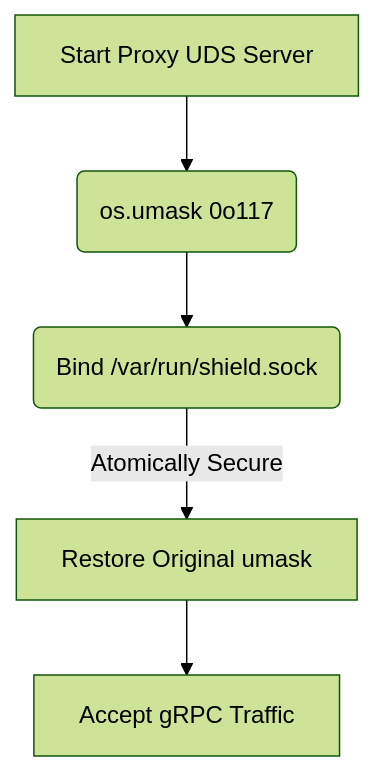
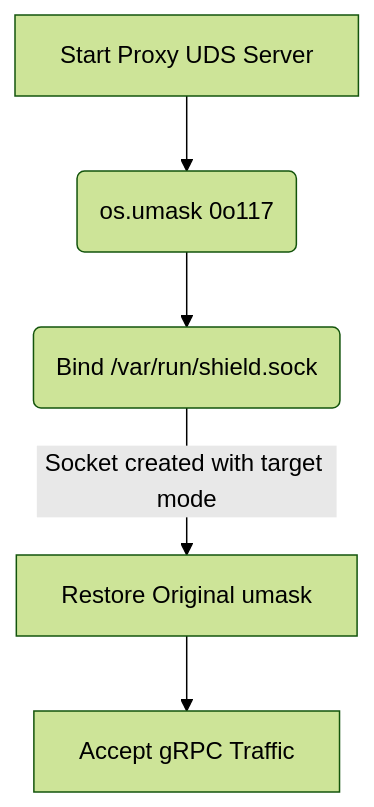
The diagram in website/docs/features/secure-infrastructure-service-mesh/uds-socket-toctou-hardening.md (ninadphalak/LLM-Shield-Proxy), drawn with Mermaid (forest theme) before and after one commit. The commit also changed other lines of this file and 81 other files, not shown here.

````diff
--- a/website/docs/features/secure-infrastructure-service-mesh/uds-socket-toctou-hardening.md
+++ b/website/docs/features/secure-infrastructure-service-mesh/uds-socket-toctou-hardening.md
@@ -17,7 +20,7 @@
 ```mermaid
 flowchart TD
     A[Start Proxy UDS Server] --> B(os.umask 0o117)
     B --> C(Bind /var/run/shield.sock)
-    C -->|Atomically Secure| D[Restore Original umask]
+    C -->|Socket created with target mode| D[Restore Original umask]
     D --> E[Accept gRPC Traffic]
 ```
````
